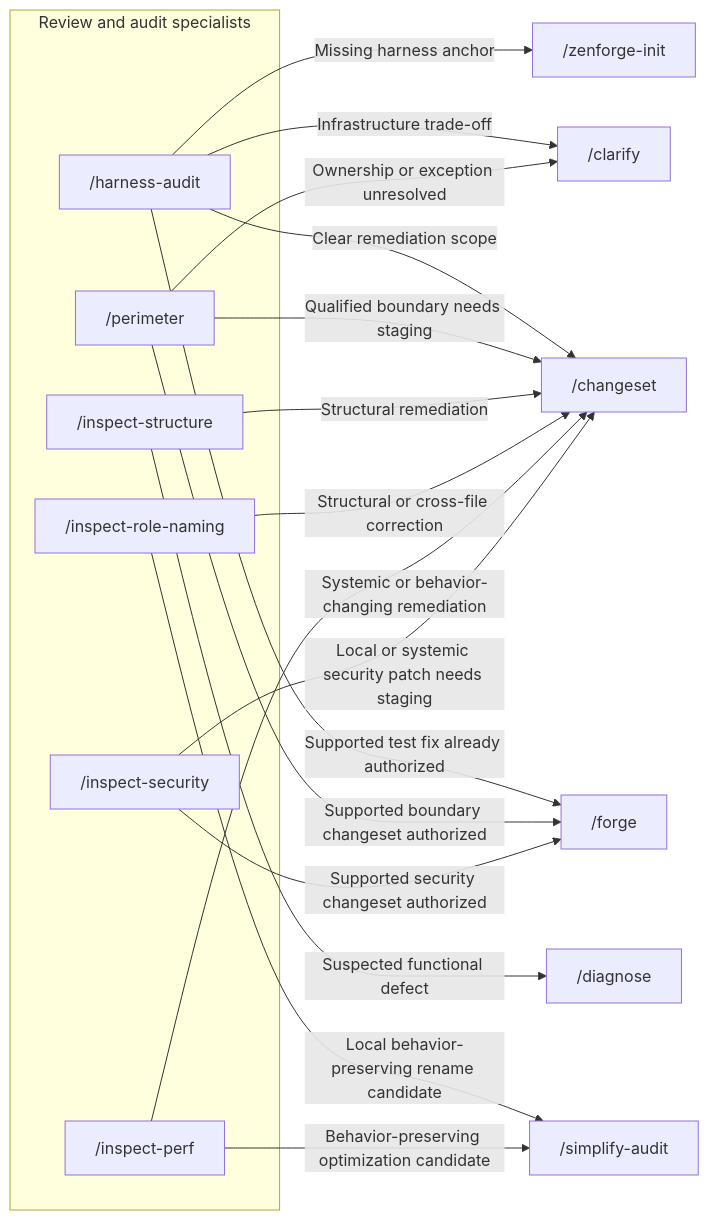
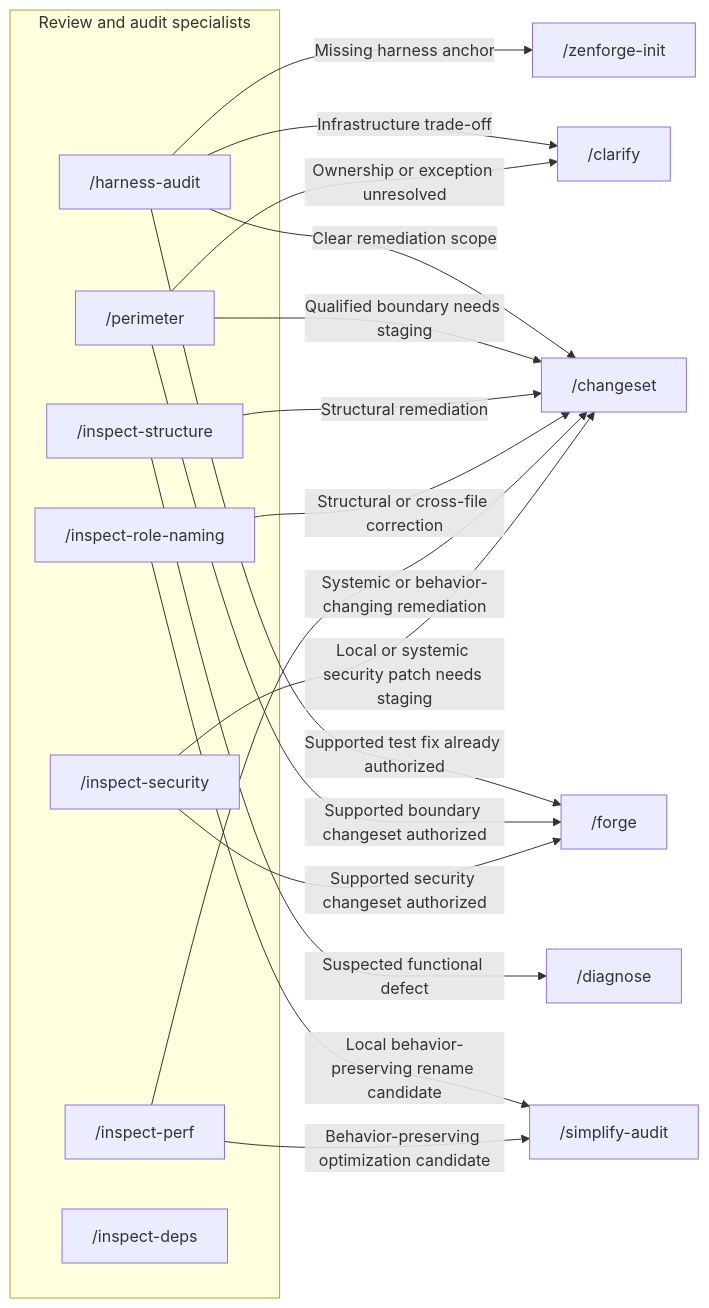
Before and after one commit to venhdev/skills: the second of 3 diagrams in docs/skill-connections.md, drawn with Mermaid. The commit also changed other lines of this file and 2 other files, not shown here.

Commit message:
feat(skills): add inspect-deps for isolated dependency upgrades and trade-off analysis

````diff
--- a/docs/skill-connections.md
+++ b/docs/skill-connections.md
@@ -102,33 +102,34 @@
 ```mermaid
 flowchart LR
     subgraph inspection[Review and audit specialists]
         harness["/harness-audit"]
         perimeter["/perimeter"]
         structure["/inspect-structure"]
         naming["/inspect-role-naming"]
         perf["/inspect-perf"]
         security["/inspect-security"]
+        deps["/inspect-deps"]
     end
     init["/zenforge-init"]
     clarify["/clarify"]
     changeset["/changeset"]
     forge["/forge"]
     simplify["/simplify-audit"]
     diagnose["/diagnose"]
 
     harness -->|Missing harness anchor| init
     harness -->|Infrastructure trade-off| clarify
     harness -->|Clear remediation scope| changeset
     harness -->|Supported test fix already authorized| forge
     perimeter -->|Ownership or exception unresolved| clarify
     perimeter -->|Qualified boundary needs staging| changeset
     perimeter -->|Supported boundary changeset authorized| forge
     structure -->|Structural remediation| changeset
     structure -->|Suspected functional defect| diagnose
     naming -->|Structural or cross-file correction| changeset
     naming -->|Local behavior-preserving rename candidate| simplify
     perf -->|Systemic or behavior-changing remediation| changeset
     perf -->|Behavior-preserving optimization candidate| simplify
     security -->|Local or systemic security patch needs staging| changeset
     security -->|Supported security changeset authorized| forge
 ```
````
